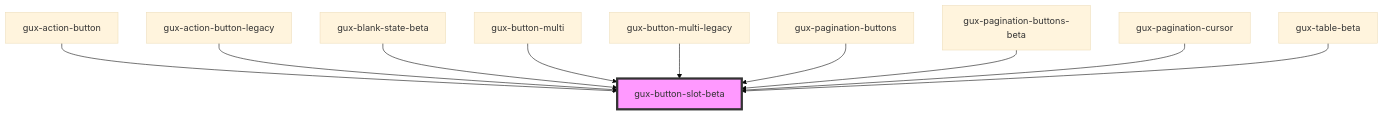
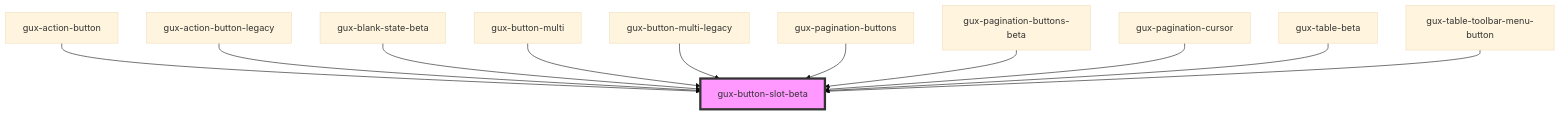
One commit to MyPureCloud/genesys-spark changed the diagram in src/components/beta/gux-button-slot/readme.md. Above: the diagram before and after it, drawn with Mermaid (base theme). The commit also changed other lines of this file and 33 other files, not shown here.

````diff
--- a/src/components/beta/gux-button-slot/readme.md
+++ b/src/components/beta/gux-button-slot/readme.md
@@ -34,13 +35,14 @@
 ```mermaid
 graph TD;
   gux-action-button --> gux-button-slot-beta
   gux-action-button-legacy --> gux-button-slot-beta
   gux-blank-state-beta --> gux-button-slot-beta
   gux-button-multi --> gux-button-slot-beta
   gux-button-multi-legacy --> gux-button-slot-beta
   gux-pagination-buttons --> gux-button-slot-beta
   gux-pagination-buttons-beta --> gux-button-slot-beta
   gux-pagination-cursor --> gux-button-slot-beta
   gux-table-beta --> gux-button-slot-beta
+  gux-table-toolbar-menu-button --> gux-button-slot-beta
   style gux-button-slot-beta fill:#f9f,stroke:#333,stroke-width:4px
 ```
````
